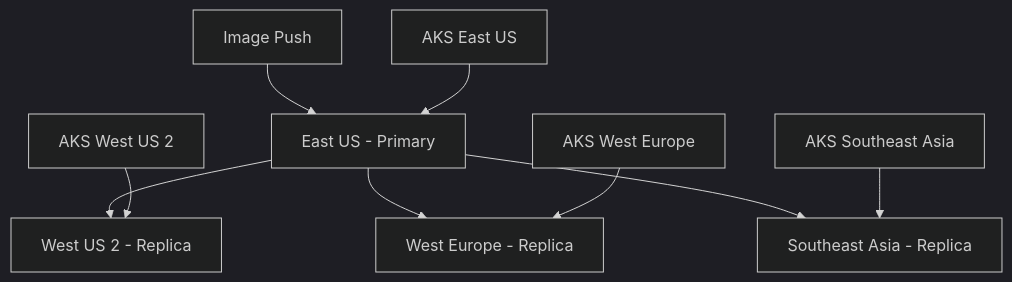
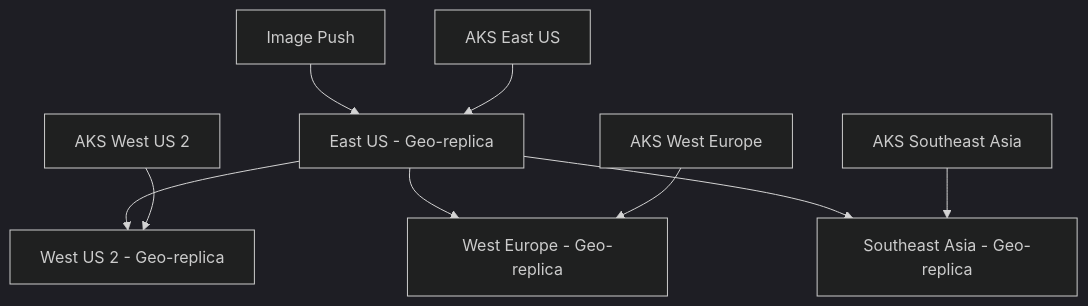
Before and after one commit to OneUptime/blog: the diagram in posts/2026-02-16-how-to-configure-acr-geo-replication-with-automatic-failover-for-disaster-recovery/README.md, drawn with Mermaid (dark theme). The commit also changed other lines of this file and 2 other files, not shown here.

Commit message:
validate: 2026-02-16-how-to-configure-acr-geo-replication-with-automatic-failover-for-disaster-recovery

````diff
--- a/posts/2026-02-16-how-to-configure-acr-geo-replication-with-automatic-failover-for-disaster-recovery/README.md
+++ b/posts/2026-02-16-how-to-configure-acr-geo-replication-with-automatic-failover-for-disaster-recovery/README.md
@@ -59,12 +60,12 @@
 ```mermaid
 graph TB
-    Push[Image Push] --> Primary[East US - Primary]
-    Primary --> WestUS[West US 2 - Replica]
-    Primary --> Europe[West Europe - Replica]
-    Primary --> Asia[Southeast Asia - Replica]
+    Push[Image Push] --> EastUS[East US - Geo-replica]
+    EastUS --> WestUS[West US 2 - Geo-replica]
+    EastUS --> Europe[West Europe - Geo-replica]
+    EastUS --> Asia[Southeast Asia - Geo-replica]
 
-    AKS1[AKS East US] --> Primary
+    AKS1[AKS East US] --> EastUS
     AKS2[AKS West US 2] --> WestUS
     AKS3[AKS West Europe] --> Europe
     AKS4[AKS Southeast Asia] --> Asia
 ```
````
